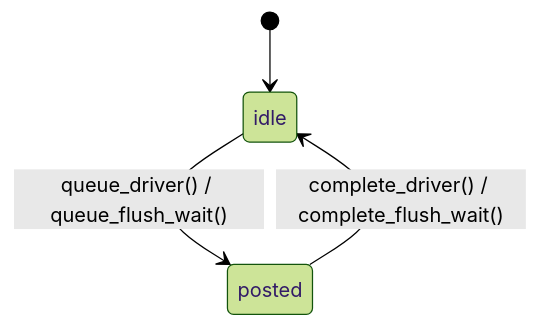
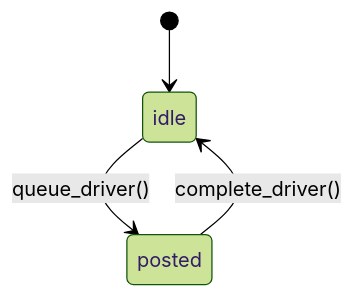
One commit to haomingbai/bnio changed the second of 3 diagrams in docs/design/timer.md. Above: the diagram before and after it, drawn with Mermaid (forest theme). The commit also changed other lines of this file and 73 other files, not shown here.

````diff
--- a/docs/design/timer.md
+++ b/docs/design/timer.md
@@ -216,6 +211,6 @@
 ```mermaid
 stateDiagram-v2
     [*] --> idle
-    idle --> posted: queue_driver() / queue_flush_wait()
-    posted --> idle: complete_driver() / complete_flush_wait()
+    idle --> posted: queue_driver()
+    posted --> idle: complete_driver()
 ```
````
